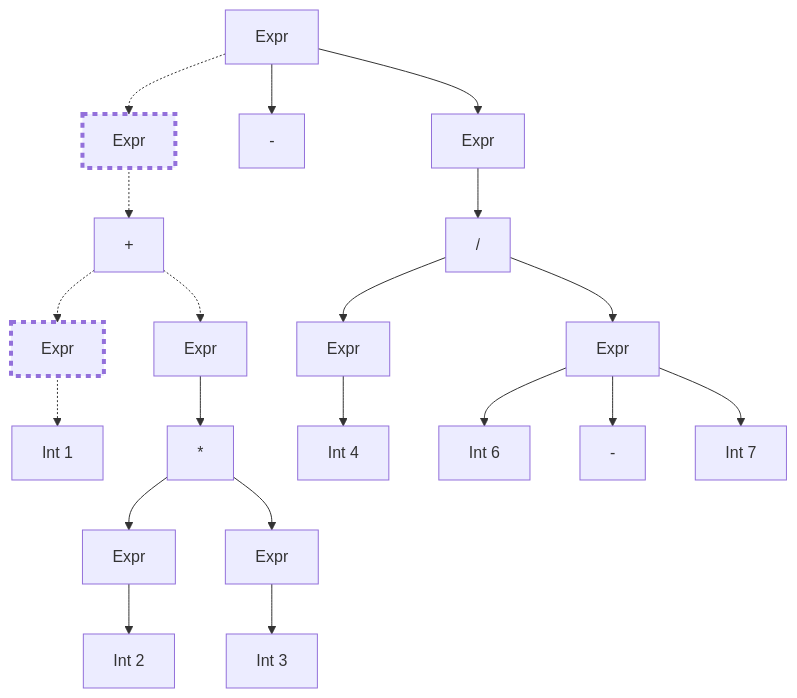
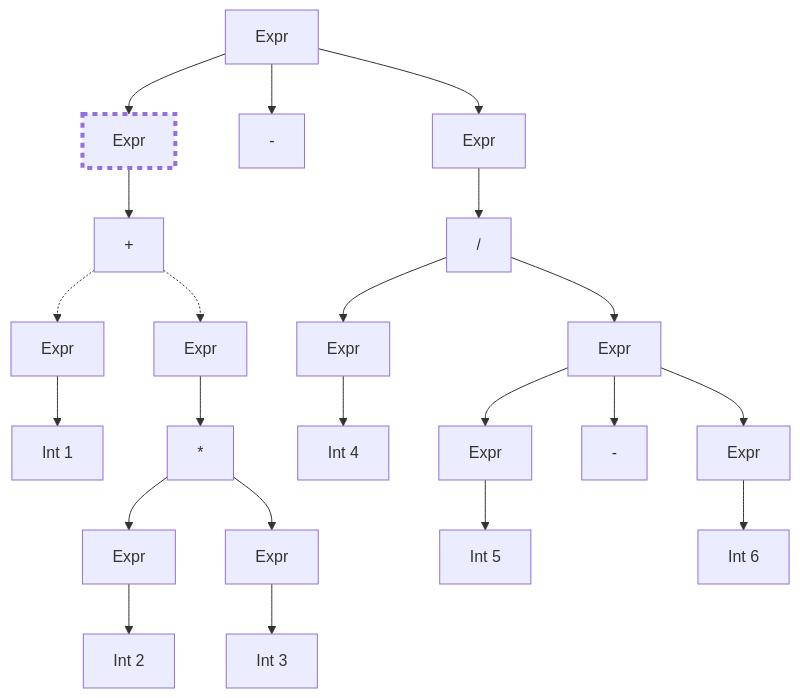
One commit to microsoft/Trieste changed diagram 26 of 28 in samples/infix/README.md. Above: the diagram before and after it, drawn with Mermaid. The commit also changed other lines of this file and 9 other files, not shown here.

````diff
--- a/samples/infix/README.md
+++ b/samples/infix/README.md
@@ -1159,23 +1223,25 @@
 ``` mermaid
 flowchart TD
-  A[Expr]-.->CC[Expr]:::current
-  CC-.->C[+]
-  C-.->BB[Expr]:::current
-  BB-.->B[Int 1]
+  C-.->BB[Expr]
+  BB-->B[Int 1]
+  A[Expr]-->CC[Expr]:::current
+  CC-->C[+]
   C-.->N[Expr]
   N-->E[*]
   E-->DD[Expr]
   DD-->D[Int 2]
   E-->FF[Expr]
   FF-->F[Int 3]
   A-->G[-]
-  A-->O[Expr]
-  O-->I["#47;"]
   I-->HH[Expr]
   HH-->H[Int 4]
+  A-->II[Expr]
+  II-->I["#47;"]
   I-->J[Expr]
-  J-->K[Int 6]
+  J-->KK[Expr]
+  KK-->K[Int 5]
   J-->L[-]
-  J-->M[Int 7]
+  J-->MM[Expr]
+  MM-->M[Int 6]
   classDef current stroke-width:4px,stroke-dasharray:5 5;
 ```
````
